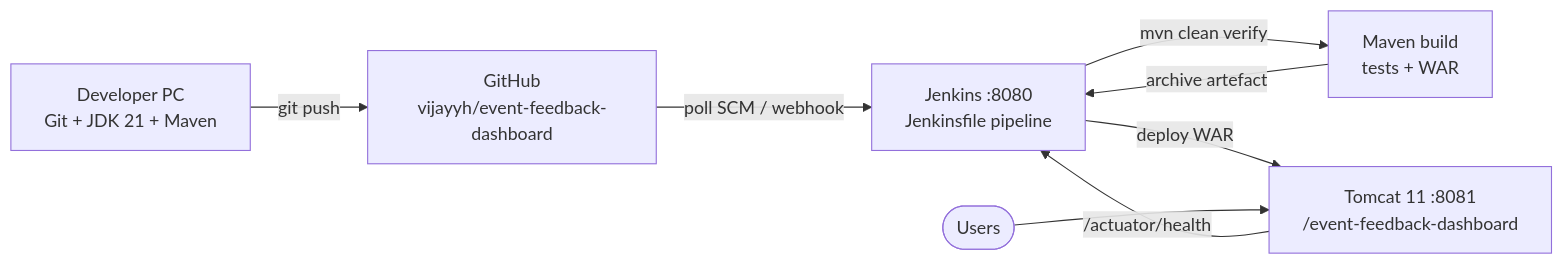
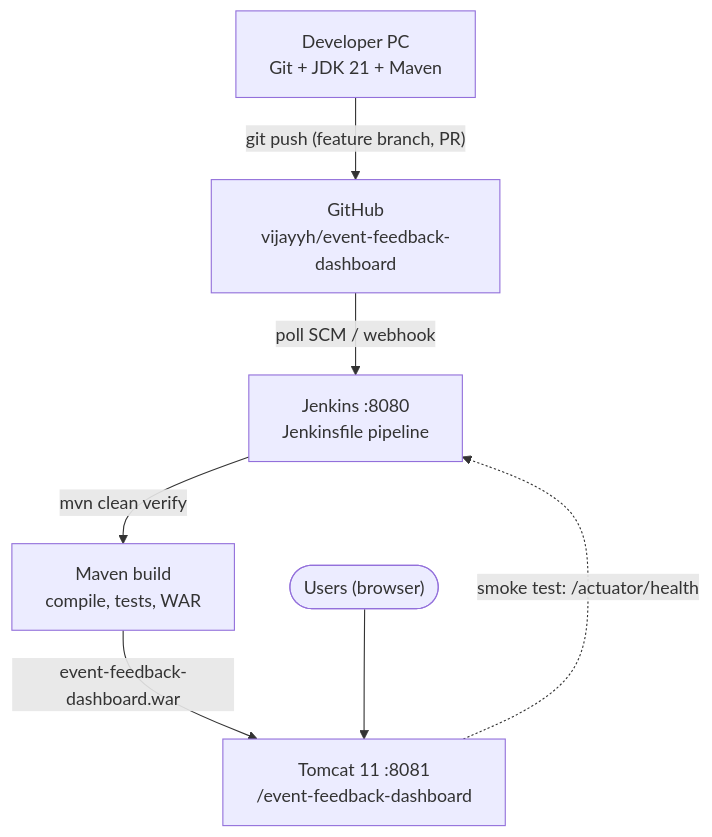
Before and after one commit to vijayyh/event-feedback-dashboard: the third of 4 diagrams in docs/03-requirements-and-architecture.md, drawn with Mermaid. The commit also changed 1 other file, not shown here.

Commit message:
docs: lay out process and deployment diagrams top-to-bottom
The left-to-right versions rendered too small to read on GitHub.

````diff
--- a/docs/03-requirements-and-architecture.md
+++ b/docs/03-requirements-and-architecture.md
@@ -132,10 +132,9 @@
 ```mermaid
-flowchart LR
-    devpc["Developer PC<br/>Git + JDK 21 + Maven"] -- "git push" --> gh["GitHub<br/>vijayyh/event-feedback-dashboard"]
+flowchart TB
+    devpc["Developer PC<br/>Git + JDK 21 + Maven"] -- "git push (feature branch, PR)" --> gh["GitHub<br/>vijayyh/event-feedback-dashboard"]
     gh -- "poll SCM / webhook" --> jk["Jenkins :8080<br/>Jenkinsfile pipeline"]
-    jk -- "mvn clean verify" --> mvn["Maven build<br/>tests + WAR"]
-    mvn -- "archive artefact" --> jk
-    jk -- "deploy WAR" --> tc["Tomcat 11 :8081<br/>/event-feedback-dashboard"]
-    tc -- "/actuator/health" --> jk
-    user(["Users"]) --> tc
+    jk -- "mvn clean verify" --> mvn["Maven build<br/>compile, tests, WAR"]
+    mvn -- "event-feedback-dashboard.war" --> tc["Tomcat 11 :8081<br/>/event-feedback-dashboard"]
+    tc -. "smoke test: /actuator/health" .-> jk
+    user(["Users (browser)"]) --> tc
 ```
````
